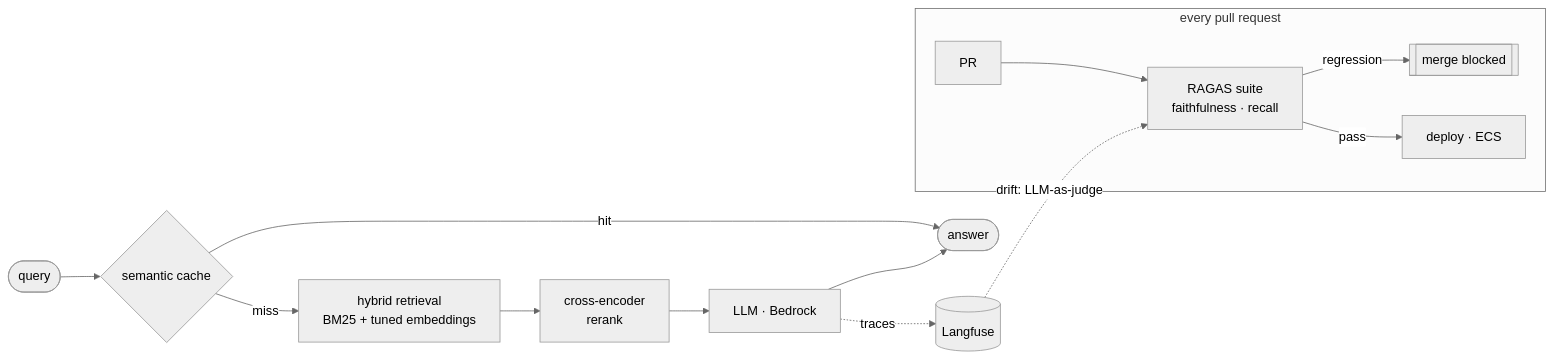
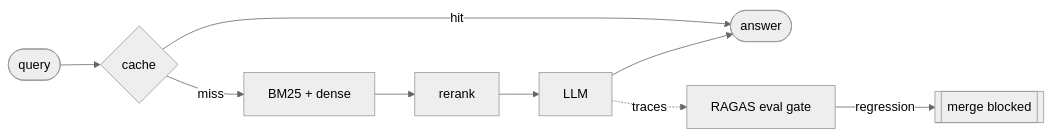
One commit to CodeGovindz/CodeGovindz changed the diagram in README.md. Above: the diagram before and after it, drawn with Mermaid (neutral theme). The commit also changed other lines of this file, not shown here.

````diff
--- a/README.md
+++ b/README.md
@@ -39,16 +36,8 @@
 ```mermaid
 flowchart LR
-    Q([query]) --> C{semantic cache}
-    C -- hit --> A([answer])
-    C -- miss --> H[hybrid retrieval<br/>BM25 + tuned embeddings]
-    H --> R[cross-encoder<br/>rerank]
-    R --> G[LLM · Bedrock]
-    G --> A
-    G -. traces .-> T[(Langfuse)]
-    T -. drift: LLM-as-judge .-> E
-    subgraph CI [every pull request]
-        P[PR] --> E[RAGAS suite<br/>faithfulness · recall]
-        E -- regression --> X[[merge blocked]]
-        E -- pass --> D[deploy · ECS]
-    end
+    Q([query]) --> C{cache}
+    C -- miss --> H[BM25 + dense] --> R[rerank] --> G[LLM] --> A([answer])
+    C -- hit --> A
+    G -. traces .-> E[RAGAS eval gate]
+    E -- regression --> X[[merge blocked]]
 ```
````
